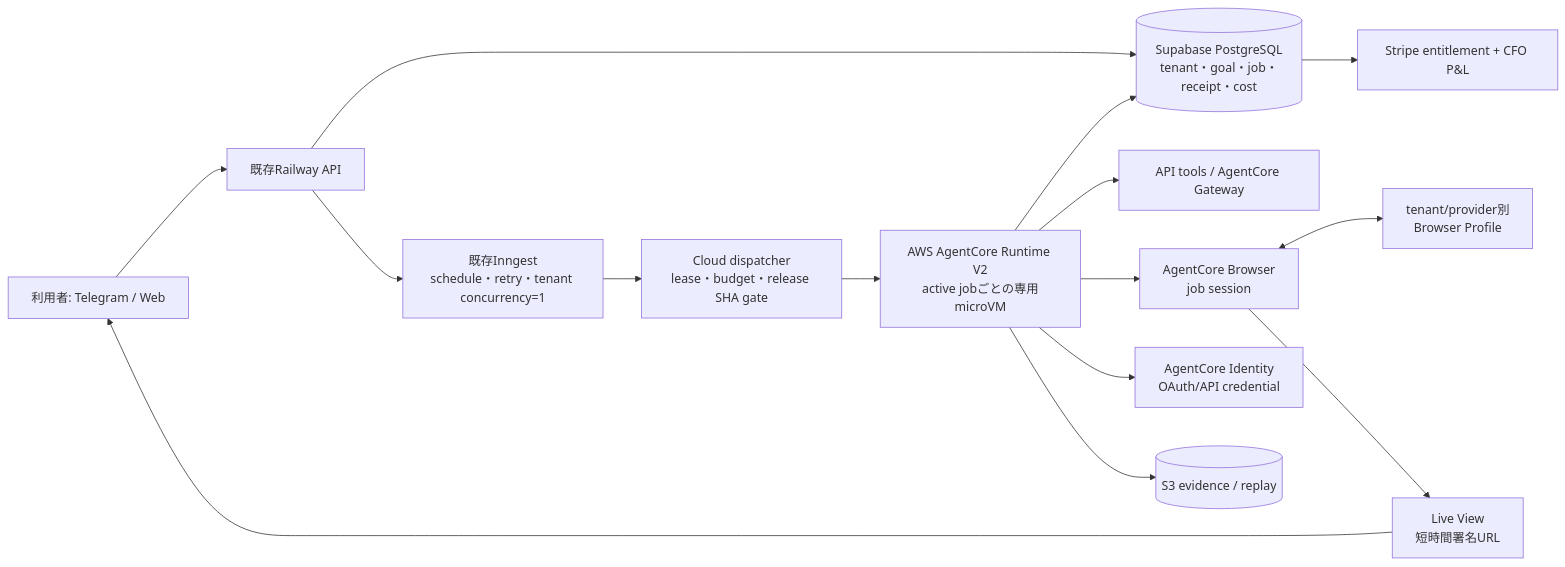
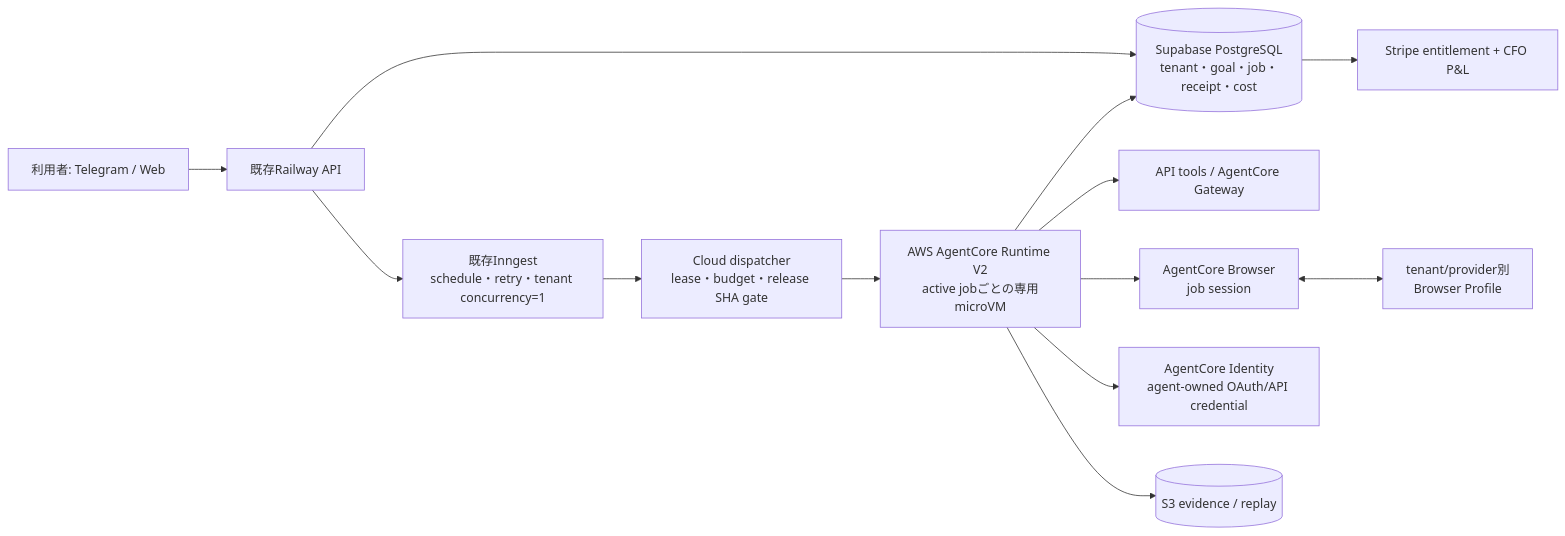
The diagram in docs/superpowers/specs/2026-09-28-life-manager-agentcore-cloud-design.md (Daisuke134/life-manager), drawn with Mermaid before and after one commit. The commit also changed other lines of this file and 5 other files, not shown here.

````diff
--- a/docs/superpowers/specs/2026-09-28-life-manager-agentcore-cloud-design.md
+++ b/docs/superpowers/specs/2026-09-28-life-manager-agentcore-cloud-design.md
@@ -32,17 +41,15 @@
 ```mermaid
 flowchart LR
   U[利用者: Telegram / Web] --> API[既存Railway API]
   API --> PG[(Supabase PostgreSQL<br/>tenant・goal・job・receipt・cost)]
   API --> Q[既存Inngest<br/>schedule・retry・tenant concurrency=1]
   Q --> D[Cloud dispatcher<br/>lease・budget・release SHA gate]
   D --> R[AWS AgentCore Runtime V2<br/>active jobごとの専用microVM]
   R --> G[API tools / AgentCore Gateway]
   R --> B[AgentCore Browser<br/>job session]
   B <--> P[tenant/provider別<br/>Browser Profile]
-  B --> LV[Live View<br/>短時間署名URL]
-  LV --> U
-  R --> I[AgentCore Identity<br/>OAuth/API credential]
+  R --> I[AgentCore Identity<br/>agent-owned OAuth/API credential]
   R --> E[(S3 evidence / replay)]
   R --> PG
   PG --> S[Stripe entitlement + CFO P&L]
 ```
````
